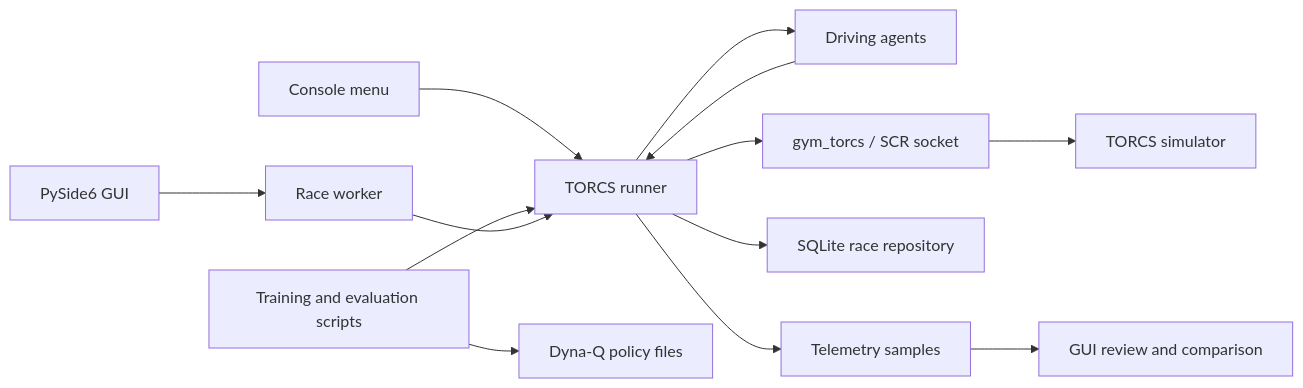
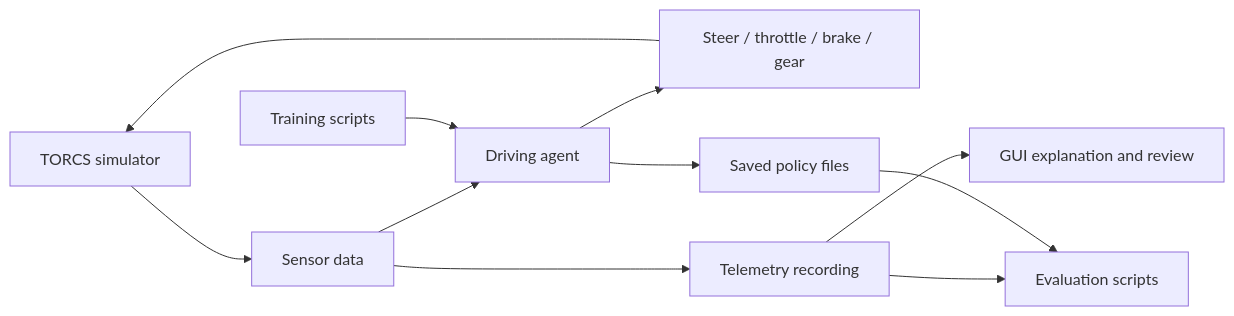
The diagram in README.md (natebassett/mat099-enhanced-ai-racing), drawn with Mermaid before and after one commit. The commit also changed other lines of this file, not shown here.

````diff
--- a/README.md
+++ b/README.md
@@ -49,15 +102,13 @@
 ```mermaid
 flowchart LR
-    GUI["PySide6 GUI"] --> Worker["Race worker"]
-    Console["Console menu"] --> Runner["TORCS runner"]
-    Scripts["Training and evaluation scripts"] --> Runner
-    Worker --> Runner
-    Runner --> Agents["Driving agents"]
-    Agents --> Runner
-    Runner --> Adapter["gym_torcs / SCR socket"]
-    Adapter --> TORCS["TORCS simulator"]
-    Runner --> Storage["SQLite race repository"]
-    Runner --> Telemetry["Telemetry samples"]
-    Telemetry --> Review["GUI review and comparison"]
-    Scripts --> Policies["Dyna-Q policy files"]
+    TORCS["TORCS simulator"] --> Sensors["Sensor data"]
+    Sensors --> Agent["Driving agent"]
+    Agent --> Action["Steer / throttle / brake / gear"]
+    Action --> TORCS
+    Sensors --> Telemetry["Telemetry recording"]
+    Telemetry --> GUI["GUI explanation and review"]
+    Telemetry --> Evaluation["Evaluation scripts"]
+    Training["Training scripts"] --> Agent
+    Agent --> Policy["Saved policy files"]
+    Policy --> Evaluation
 ```
````
